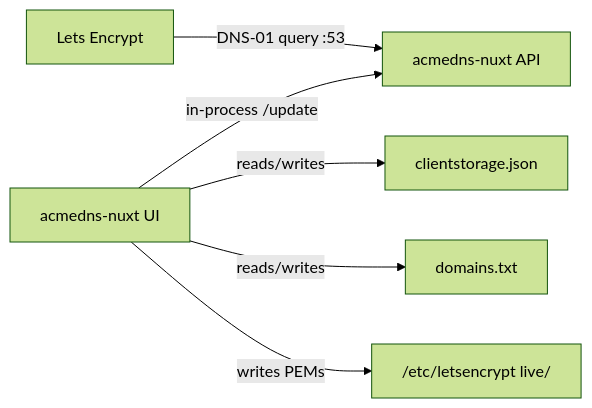
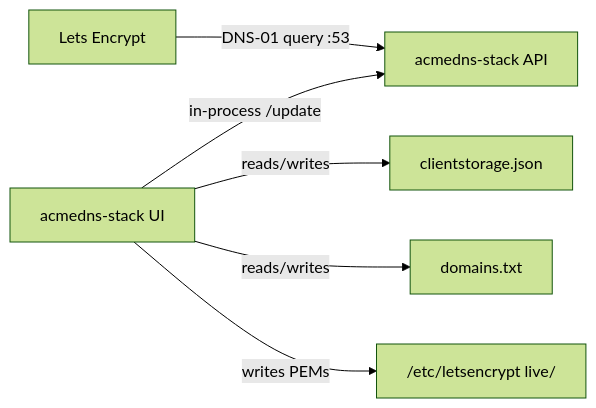
Before and after one commit to HariantoAtWork/dns01-proxy: the diagram in README.md, drawn with Mermaid (forest theme). The commit also changed other lines of this file and 27 other files, not shown here.

Commit message:
string replace `amcedns-nuxt` to `acmedns-stack` what could go wrong?

````diff
--- a/README.md
+++ b/README.md
@@ -11,8 +11,8 @@
 ```mermaid
 flowchart LR
-  UI[acmedns-nuxt UI] -->|in-process /update| API[acmedns-nuxt API]
+  UI[acmedns-stack UI] -->|in-process /update| API[acmedns-stack API]
   UI -->|reads/writes| CS[clientstorage.json]
   UI -->|reads/writes| Domains[domains.txt]
   UI -->|writes PEMs| Certs["/etc/letsencrypt live/"]
   PubDNS[Lets Encrypt] -->|DNS-01 query :53| API
 ```
````
